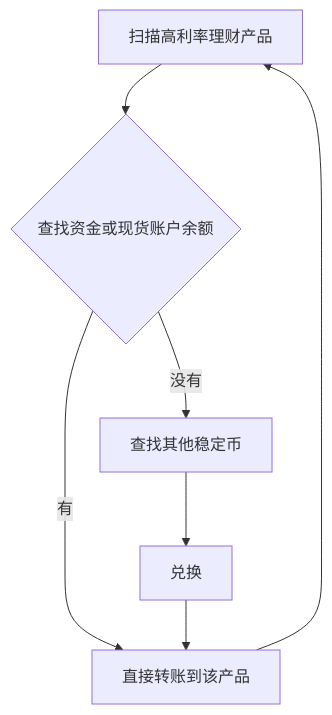
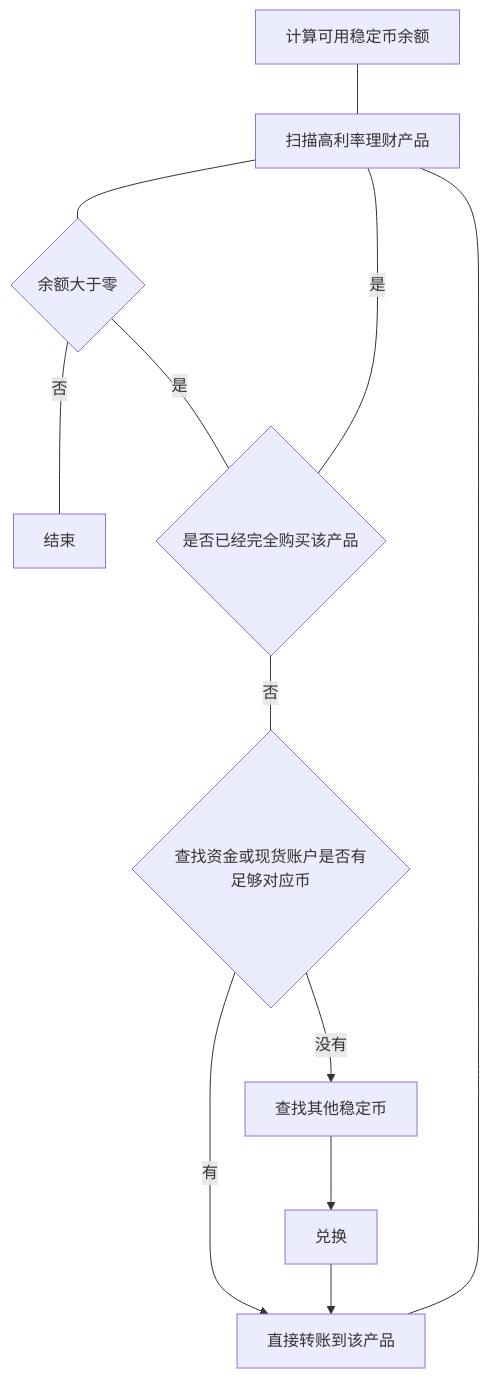
The diagram in README.md (chesha1/binance-earn-helper), drawn with Mermaid before and after one commit.

Commit message:
docs: 整理代码逻辑

````diff
--- a/README.md
+++ b/README.md
@@ -4,7 +4,25 @@
 ```mermaid
 graph TD
-    A["扫描高利率理财产品"] --> B{查找资金或现货账户余额}
-    B -->|有| C["直接转账到该产品"]
-    B -->|没有| D["查找其他稳定币"] --> E["兑换"] --> C
-    C --> A
+    A["扫描高利率理财产品"]
+    B{查找资金或现货账户余额}
+    D["查找其他稳定币"]
+    E["兑换"]
+    C["直接转账到该产品"]
+    n1["计算可用稳定币余额"]
+    n2@{ shape: "diam", label: "余额大于零" }
+    n3["结束"]
+    n4@{ shape: "diam", label: "是否已经完全购买该产品" }
+
+    %% 资金或现货账户查询
+    B -->|有| C
+    B -->|没有| D --> E --> C
+  
+    %% 主流程
+    n1 --- A
+    A --- n2
+    n2 ---|"否"| n3
+    n2 ---|"是"| n4
+    n4 ---|"是"| A
+    n4 ---|"否"| B{"查找资金或现货账户是否有足够对应币"}
+    C --- A
 ```
````
